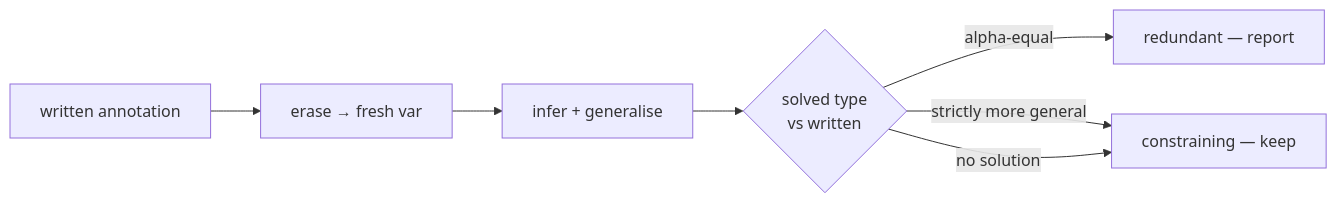
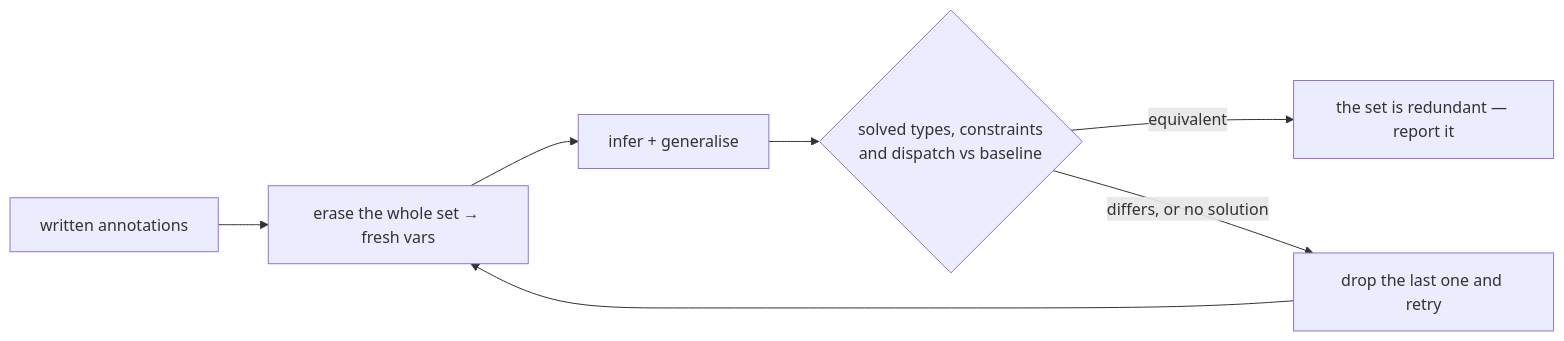
Before and after one commit to Nimblesite/osprey: the diagram in docs/specs/0004-TypeSystem.md, drawn with Mermaid. The commit also changed other lines of this file and 43 other files, not shown here.

````diff
--- a/docs/specs/0004-TypeSystem.md
+++ b/docs/specs/0004-TypeSystem.md
@@ -897,9 +935,9 @@
 ```mermaid
 flowchart LR
-  A["written annotation"] --> B["erase → fresh var"]
+  A["written annotations"] --> B["erase the whole set → fresh vars"]
   B --> C["infer + generalise"]
-  C --> D{"solved type<br/>vs written"}
-  D -- "alpha-equal" --> E["redundant — report"]
-  D -- "strictly more general" --> F["constraining — keep"]
-  D -- "no solution" --> F
+  C --> D{"solved types, constraints<br/>and dispatch vs baseline"}
+  D -- "equivalent" --> E["the set is redundant — report it"]
+  D -- "differs, or no solution" --> F["drop the last one and retry"]
+  F --> B
 ```
````
